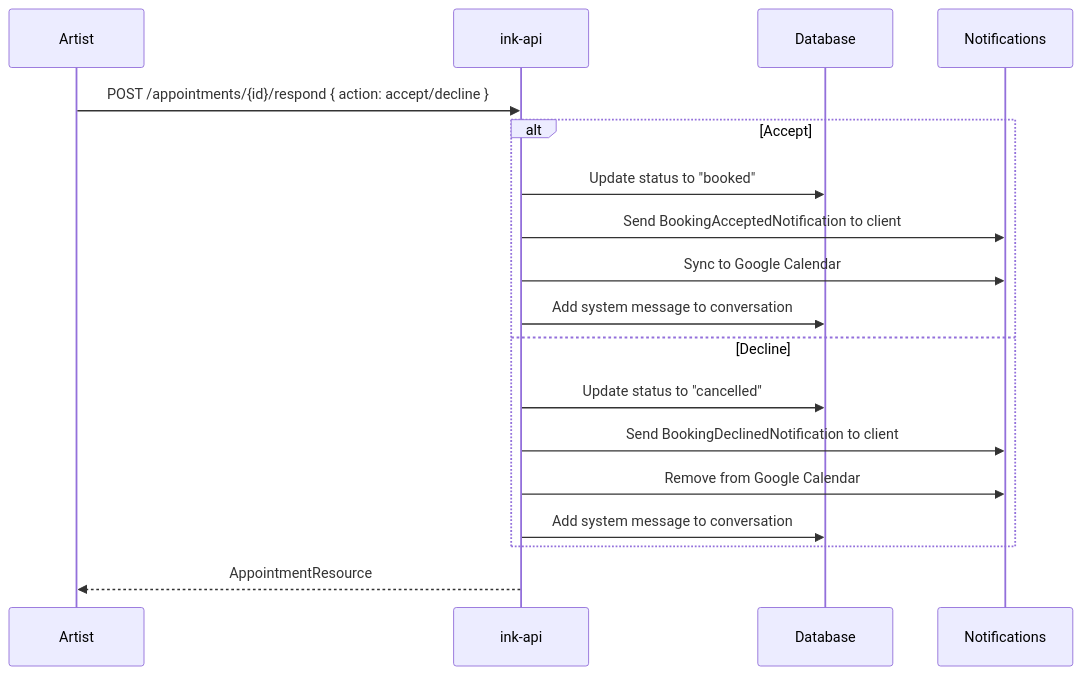
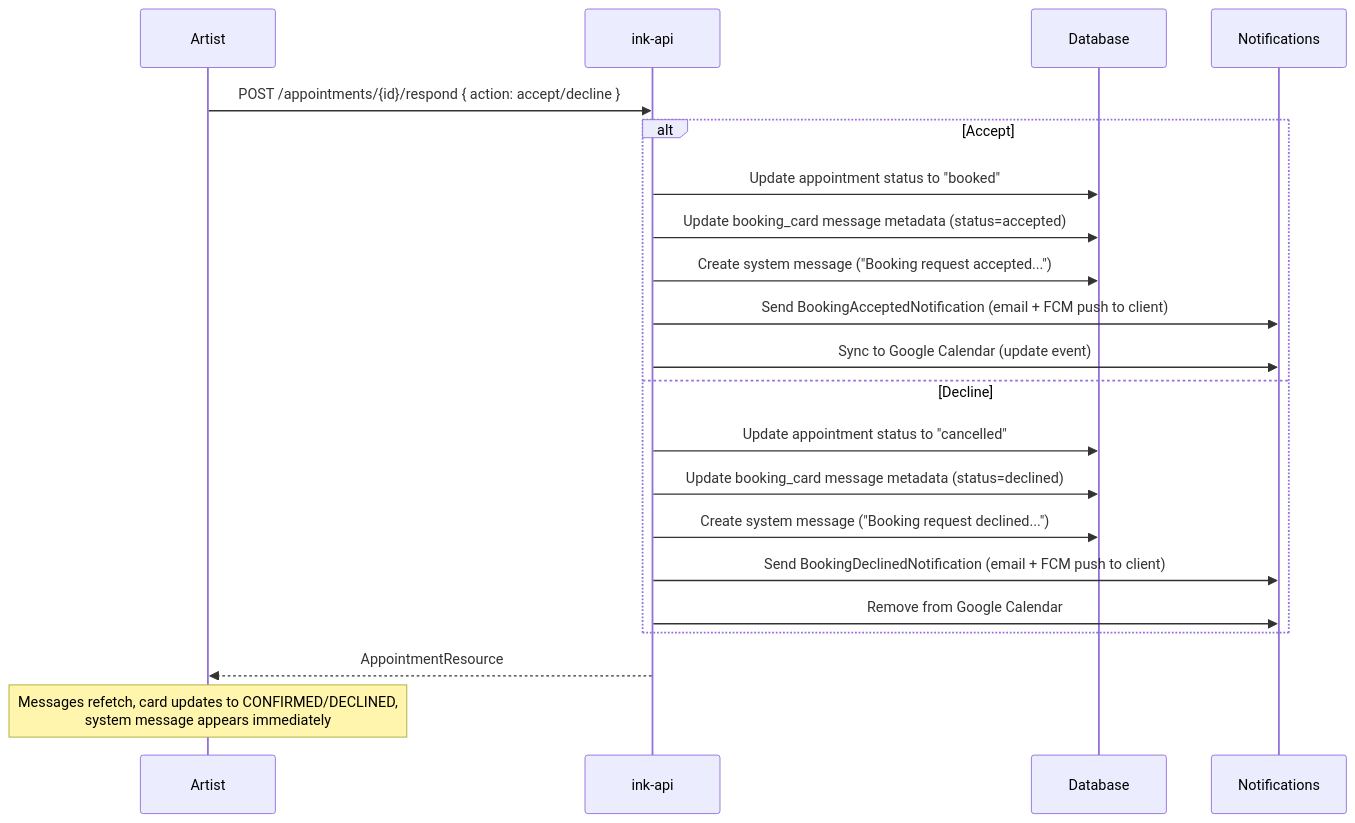
One commit to Ink-Empire/ink-api changed the third of 3 diagrams in docs/flows/booking-flow.md. Above: the diagram before and after it, drawn with Mermaid. The commit also changed other lines of this file and 3 other files, not shown here.

````diff
--- a/docs/flows/booking-flow.md
+++ b/docs/flows/booking-flow.md
@@ -55,23 +88,26 @@
 ```mermaid
 sequenceDiagram
     participant A as Artist
     participant API as ink-api
     participant DB as Database
     participant N as Notifications
 
     A->>API: POST /appointments/{id}/respond { action: accept/decline }
 
     alt Accept
-        API->>DB: Update status to "booked"
-        API->>N: Send BookingAcceptedNotification to client
-        API->>N: Sync to Google Calendar
-        API->>DB: Add system message to conversation
+        API->>DB: Update appointment status to "booked"
+        API->>DB: Update booking_card message metadata (status=accepted)
+        API->>DB: Create system message ("Booking request accepted...")
+        API->>N: Send BookingAcceptedNotification (email + FCM push to client)
+        API->>N: Sync to Google Calendar (update event)
     else Decline
-        API->>DB: Update status to "cancelled"
-        API->>N: Send BookingDeclinedNotification to client
+        API->>DB: Update appointment status to "cancelled"
+        API->>DB: Update booking_card message metadata (status=declined)
+        API->>DB: Create system message ("Booking request declined...")
+        API->>N: Send BookingDeclinedNotification (email + FCM push to client)
         API->>N: Remove from Google Calendar
-        API->>DB: Add system message to conversation
     end
 
     API-->>A: AppointmentResource
+    Note over A: Messages refetch, card updates to CONFIRMED/DECLINED,<br/>system message appears immediately
 ```
````
